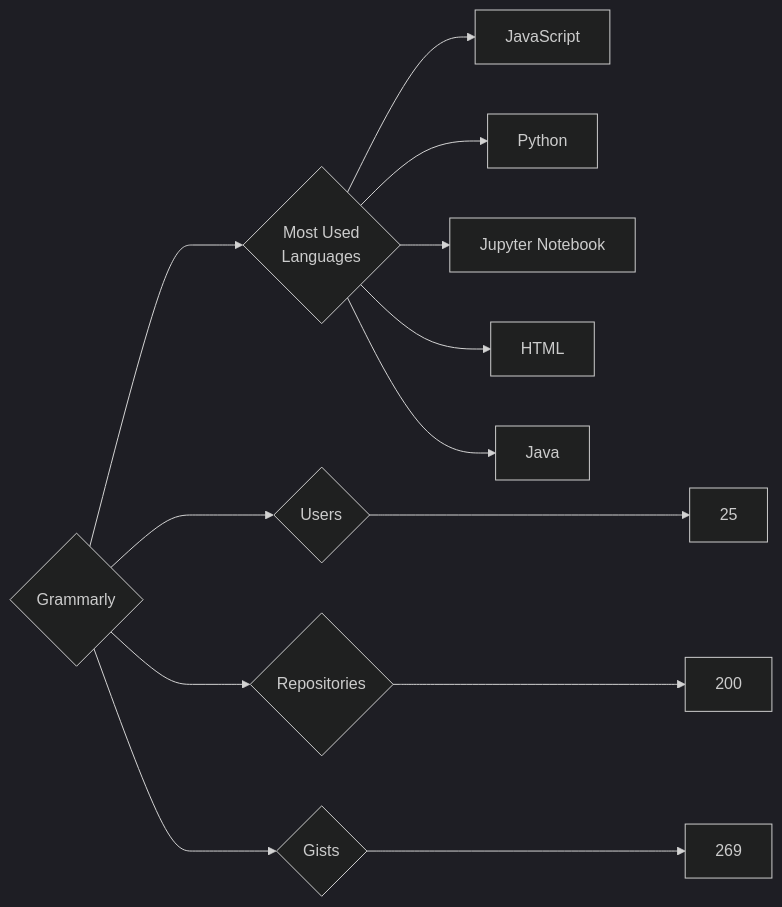
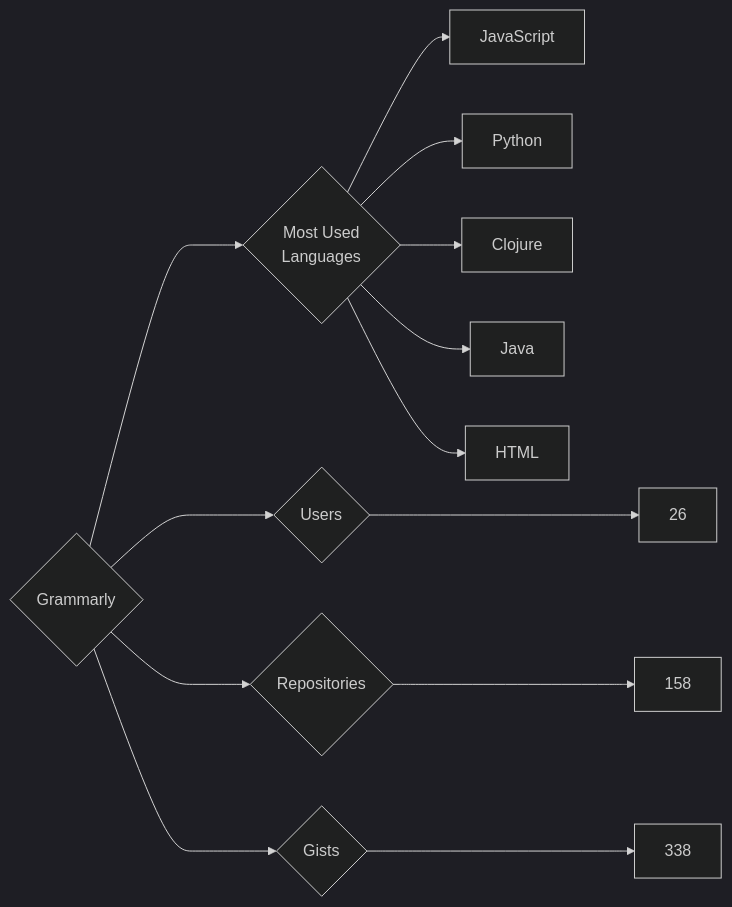
The diagram in targets/Grammarly/README.md (trickest/insiders), drawn with Mermaid (dark theme) before and after one commit. The commit also changed 935 other files, not shown here.

````diff
--- a/targets/Grammarly/README.md
+++ b/targets/Grammarly/README.md
@@ -3,13 +3,13 @@
 ```mermaid
 graph LR
 COMPANY_NAME{Grammarly}
-COMPANY_NAME ---> U{Users} ---> UN[25]
-COMPANY_NAME ---> R{Repositories} ---> RN[200]
-COMPANY_NAME ---> G{Gists} ---> GN[269]
+COMPANY_NAME ---> U{Users} ---> UN[26]
+COMPANY_NAME ---> R{Repositories} ---> RN[158]
+COMPANY_NAME ---> G{Gists} ---> GN[338]
 COMPANY_NAME ---> ML{Most Used<br>Languages}
 ML --> JavaScript[JavaScript]
 ML --> Python[Python]
-ML --> Jupyter_Notebook[Jupyter Notebook]
+ML --> Clojure[Clojure]
+ML --> Java[Java]
 ML --> HTML[HTML]
-ML --> Java[Java]
 ```
````
